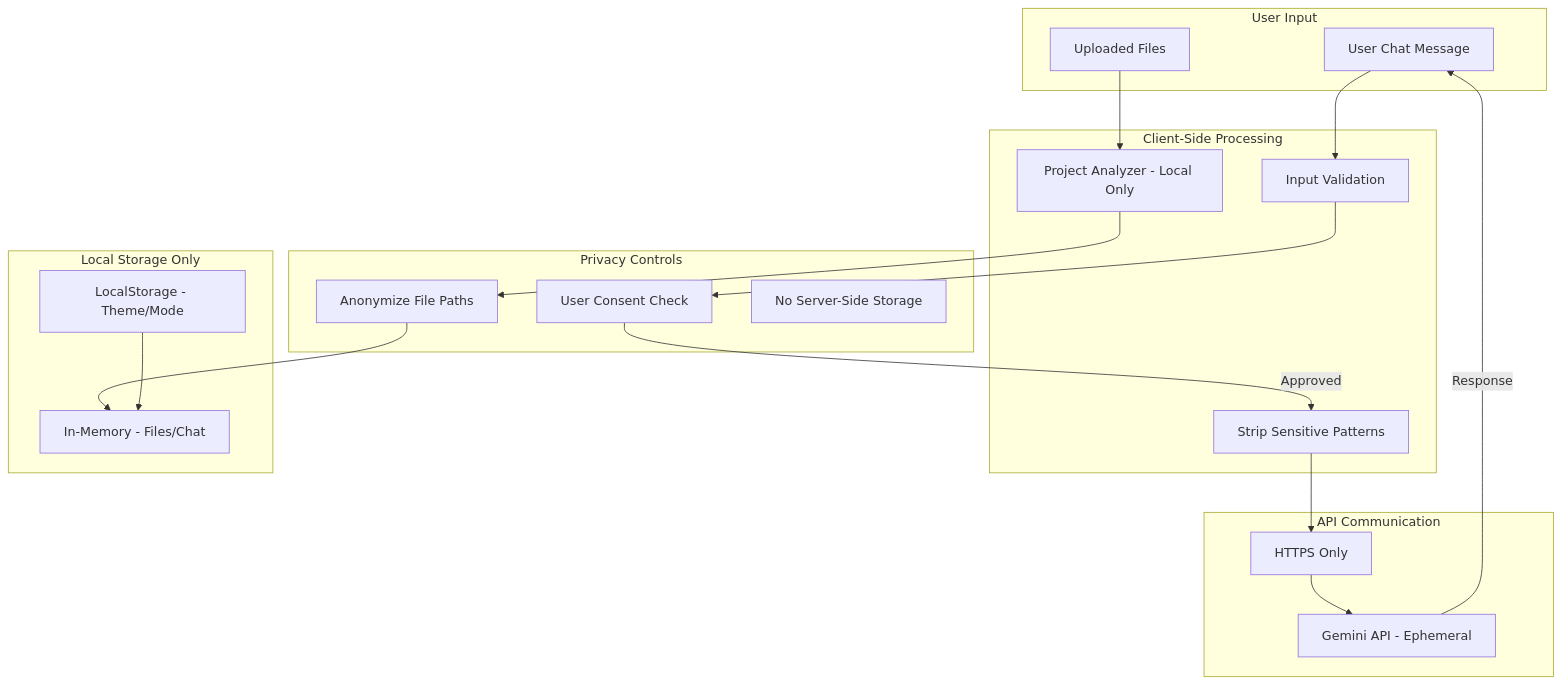
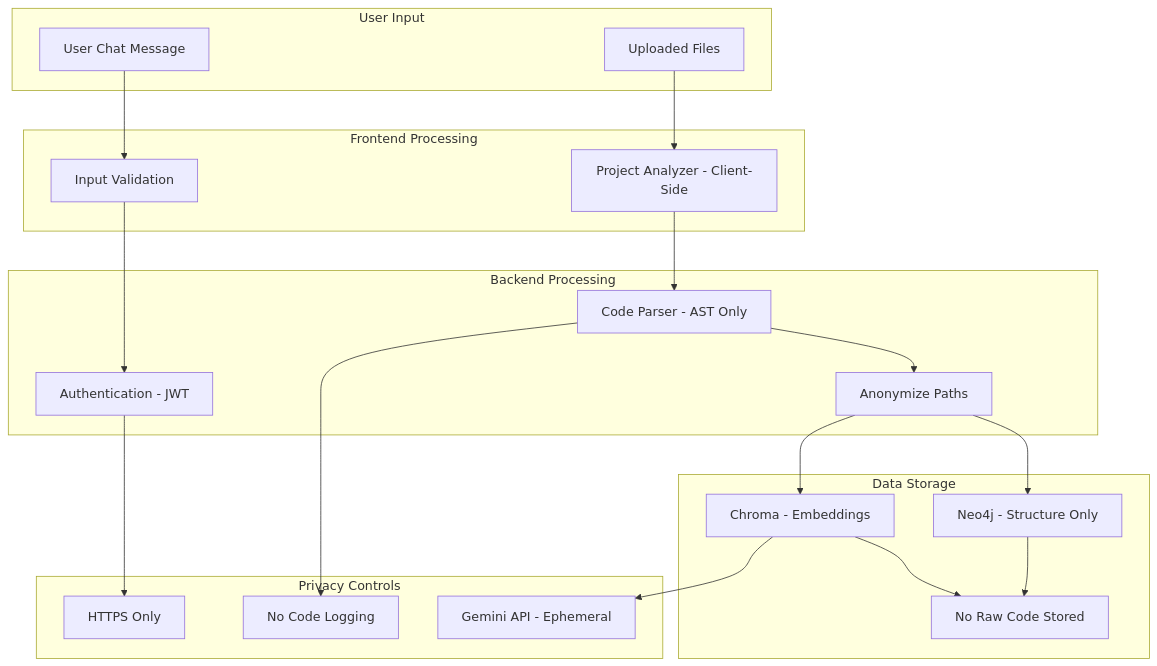
Before and after one commit to Ishan-K9868/socraticDev-final: the second of 6 diagrams in README.md, drawn with Mermaid. The commit also changed other lines of this file and 114 other files, not shown here.

````diff
--- a/README.md
+++ b/README.md
@@ -244,44 +380,47 @@
 ```mermaid
 flowchart TB
     subgraph "User Input"
         UI[User Chat Message]
         UF[Uploaded Files]
     end
 
-    subgraph "Client-Side Processing"
+    subgraph "Frontend Processing"
         VAL[Input Validation]
-        STRIP[Strip Sensitive Patterns]
-        PROJ[Project Analyzer - Local Only]
+        PROJ_ANALYZE[Project Analyzer - Client-Side]
+    end
+
+    subgraph "Backend Processing"
+        AUTH[Authentication - JWT]
+        PARSE[Code Parser - AST Only]
+        ANON[Anonymize Paths]
+    end
+
+    subgraph "Data Storage"
+        GRAPH[Neo4j - Structure Only]
+        VECTOR[Chroma - Embeddings]
+        NO_CODE[No Raw Code Stored]
     end
 
     subgraph "Privacy Controls"
-        CONSENT[User Consent Check]
-        ANON[Anonymize File Paths]
-        NOSTORE[No Server-Side Storage]
-    end
-
-    subgraph "API Communication"
         HTTPS[HTTPS Only]
-        GEMINI[Gemini API - Ephemeral]
-    end
-
-    subgraph "Local Storage Only"
-        LS[LocalStorage - Theme/Mode]
-        MEM[In-Memory - Files/Chat]
+        NO_LOGS[No Code Logging]
+        EPHEMERAL[Gemini API - Ephemeral]
     end
 
     UI --> VAL
-    UF --> PROJ
-    PROJ --> ANON
+    UF --> PROJ_ANALYZE
 
-    VAL --> CONSENT
-    CONSENT -->|Approved| STRIP
-    STRIP --> HTTPS
+    VAL --> AUTH
+    PROJ_ANALYZE --> PARSE
 
-    ANON --> MEM
-    HTTPS --> GEMINI
+    PARSE --> ANON
+    ANON --> GRAPH
+    ANON --> VECTOR
 
-    GEMINI -->|Response| UI
+    GRAPH --> NO_CODE
+    VECTOR --> NO_CODE
 
-    LS --> MEM
+    AUTH --> HTTPS
+    PARSE --> NO_LOGS
+    VECTOR --> EPHEMERAL
 ```
````
